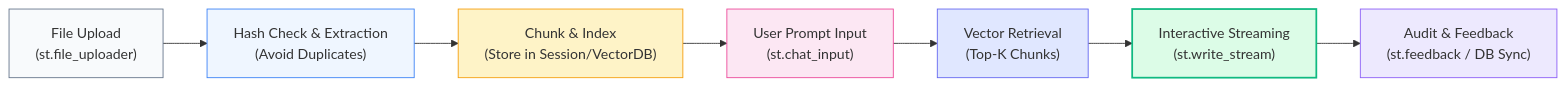
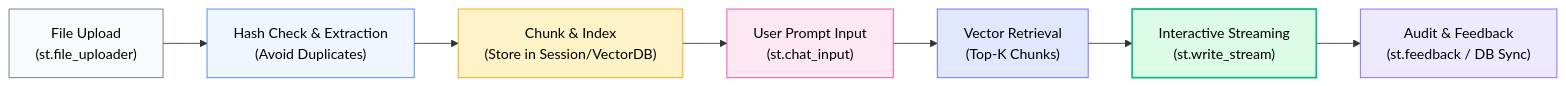
Before and after one commit to swapnil3104/RAG-Engineering: the third of 3 diagrams in 09-RAG-Deployment-and-Production/Streamlit-RAG.md, drawn with Mermaid. The commit also changed other lines of this file and 108 other files, not shown here.

Commit message:
fix: make chart text visible across all Mermaid diagrams and resolve markdown table formatting issues

````diff
--- a/09-RAG-Deployment-and-Production/Streamlit-RAG.md
+++ b/09-RAG-Deployment-and-Production/Streamlit-RAG.md
@@ -499,17 +499,17 @@
 ```mermaid
 flowchart LR
     A["File Upload<br/>(st.file_uploader)"] --> B["Hash Check & Extraction<br/>(Avoid Duplicates)"]
     B --> C["Chunk & Index<br/>(Store in Session/VectorDB)"]
     C --> D["User Prompt Input<br/>(st.chat_input)"]
     D --> E["Vector Retrieval<br/>(Top-K Chunks)"]
     E --> F["Interactive Streaming<br/>(st.write_stream)"]
     F --> G["Audit & Feedback<br/>(st.feedback / DB Sync)"]
 
-    style A fill:#f8fafc,stroke:#64748b
-    style B fill:#eff6ff,stroke:#3b82f6
-    style C fill:#fef3c7,stroke:#f59e0b
-    style D fill:#fce7f3,stroke:#ec4899
-    style E fill:#e0e7ff,stroke:#6366f1
-    style F fill:#dcfce7,stroke:#10b981,stroke-width:2px
-    style G fill:#ede9fe,stroke:#8b5cf6
+    style A fill:#f8fafc,stroke:#64748b,color:#000000
+    style B fill:#eff6ff,stroke:#3b82f6,color:#000000
+    style C fill:#fef3c7,stroke:#f59e0b,color:#000000
+    style D fill:#fce7f3,stroke:#ec4899,color:#000000
+    style E fill:#e0e7ff,stroke:#6366f1,color:#000000
+    style F fill:#dcfce7,stroke:#10b981,stroke-width:2px,color:#000000
+    style G fill:#ede9fe,stroke:#8b5cf6,color:#000000
 ```
````
